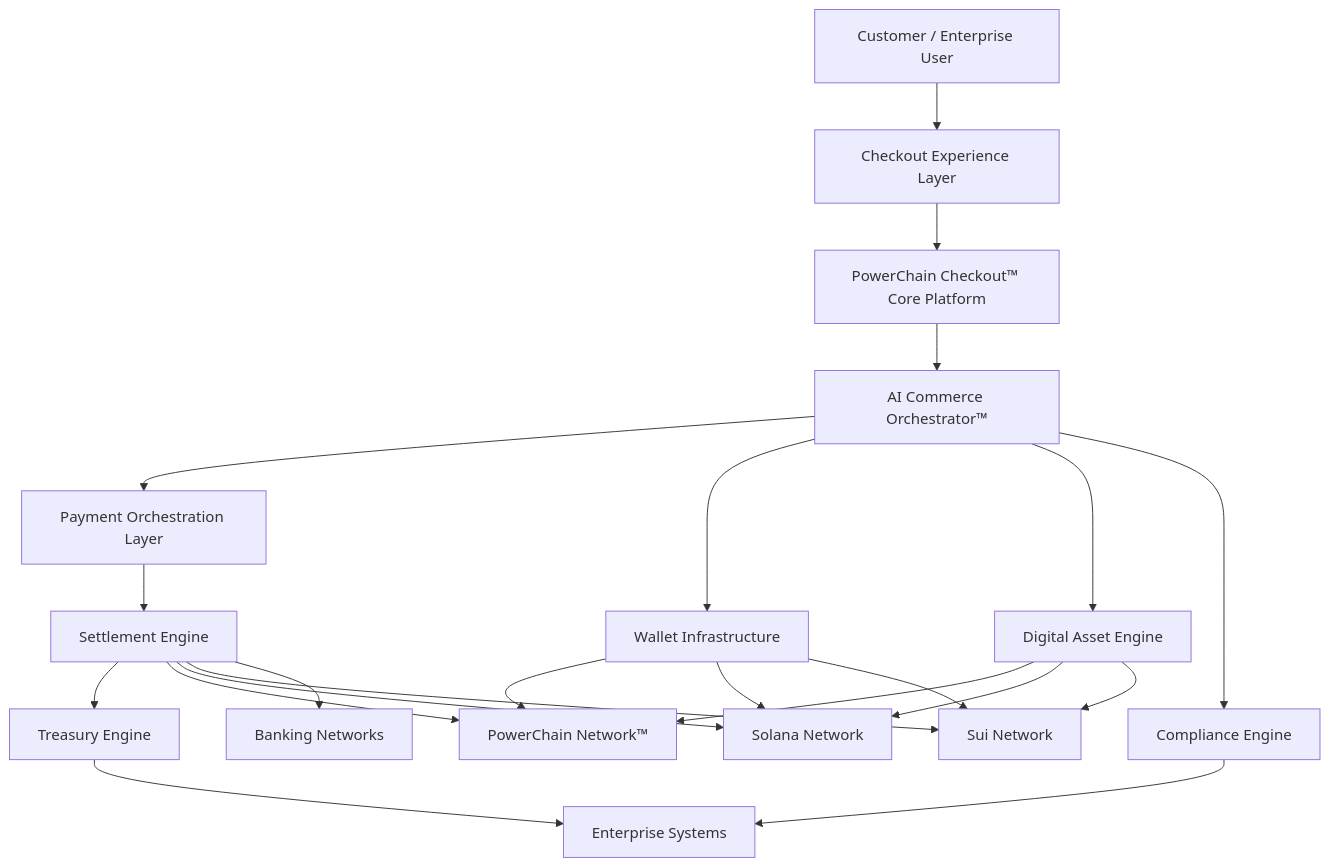
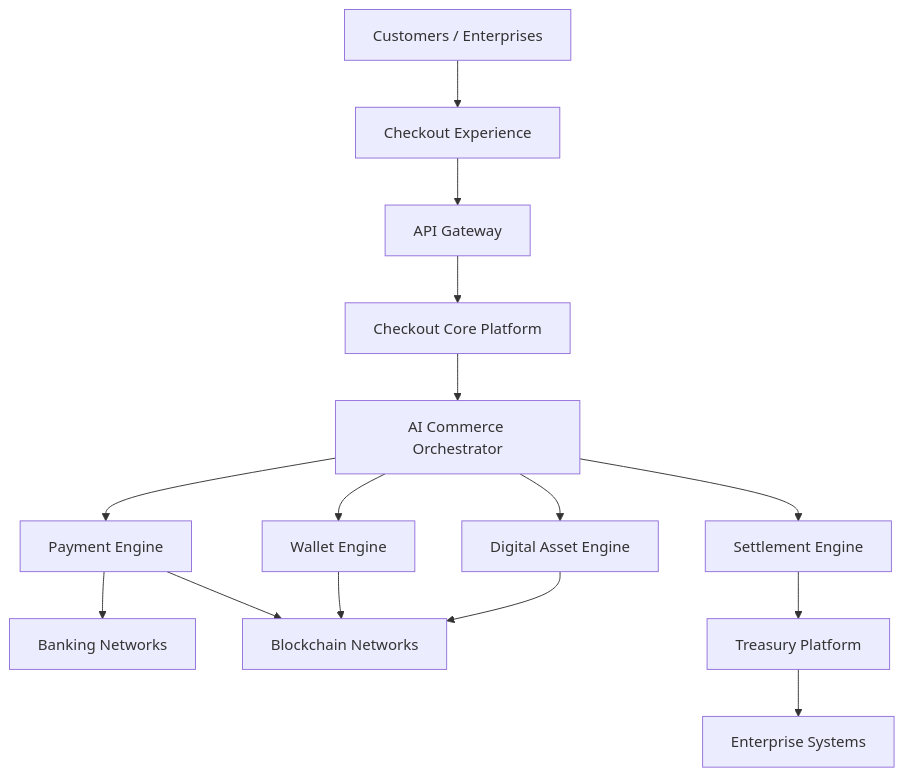
The first of 6 diagrams in assets/architecture/README.md (powerchain-protocol/checkout-sdk), drawn with Mermaid before and after one commit. The commit also changed other lines of this file, not shown here.

````diff
--- a/assets/architecture/README.md
+++ b/assets/architecture/README.md
@@ -34,66 +153,54 @@
 ```mermaid
 flowchart TB
 
-A[Customer / Enterprise User]
+USER[Customers / Enterprises]
 
-B[Checkout Experience Layer]
+UI[Checkout Experience]
 
-C[PowerChain Checkout™ Core Platform]
+API[API Gateway]
 
-D[AI Commerce Orchestrator™]
+CORE[Checkout Core Platform]
 
-E[Payment Orchestration Layer]
+AI[AI Commerce Orchestrator]
 
-F[Wallet Infrastructure]
+PAY[Payment Engine]
 
-G[Digital Asset Engine]
+WALLET[Wallet Engine]
 
-H[Settlement Engine]
+ASSET[Digital Asset Engine]
 
-I[Treasury Engine]
+SETTLE[Settlement Engine]
 
-J[Compliance Engine]
+TREASURY[Treasury Platform]
 
-K[PowerChain Network™]
+CHAIN[Blockchain Networks]
 
-L[Solana Network]
+BANK[Banking Networks]
 
-M[Sui Network]
-
-N[Banking Networks]
-
-O[Enterprise Systems]
+ERP[Enterprise Systems]
 
 
-A --> B
+USER --> UI
 
-B --> C
+UI --> API
 
-C --> D
+API --> CORE
 
-D --> E
-D --> F
-D --> G
-D --> J
+CORE --> AI
 
-E --> H
+AI --> PAY
+AI --> WALLET
+AI --> ASSET
+AI --> SETTLE
 
-F --> K
-F --> L
-F --> M
+PAY --> BANK
+PAY --> CHAIN
 
-G --> K
-G --> L
-G --> M
+WALLET --> CHAIN
 
-H --> I
+ASSET --> CHAIN
 
-H --> K
-H --> L
-H --> M
-H --> N
+SETTLE --> TREASURY
 
-I --> O
-
-J --> O
+TREASURY --> ERP
 ```
````
